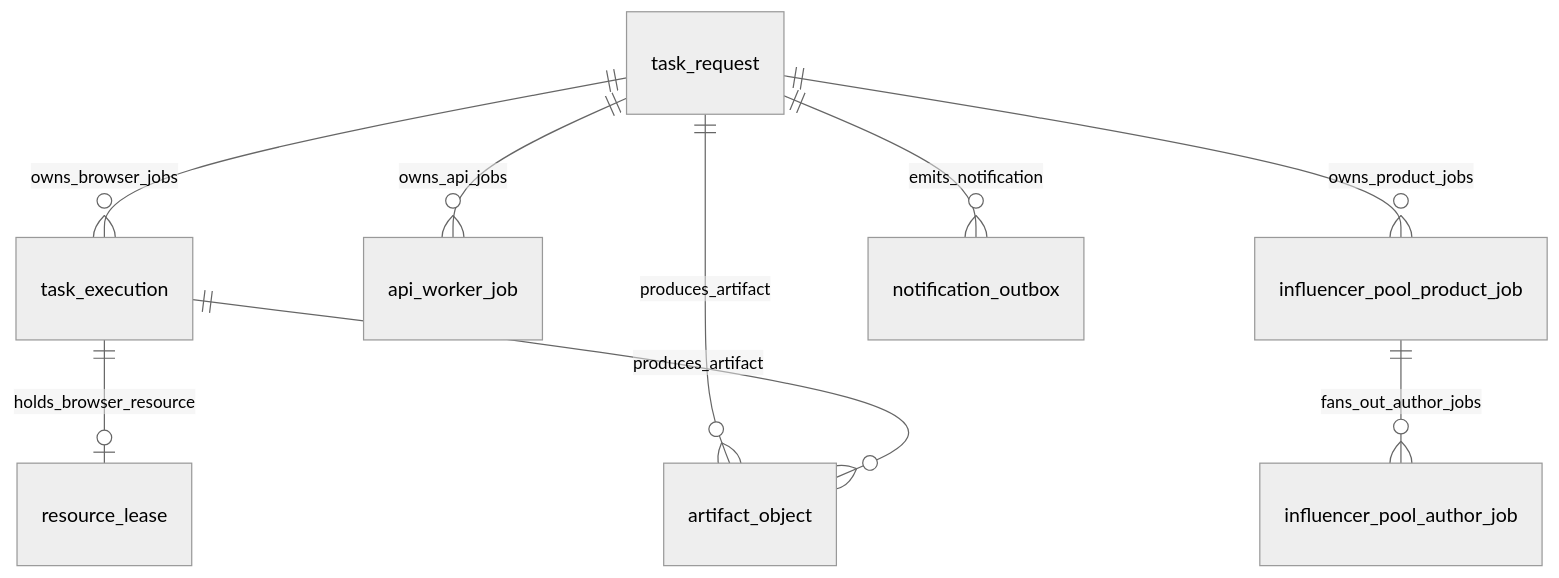
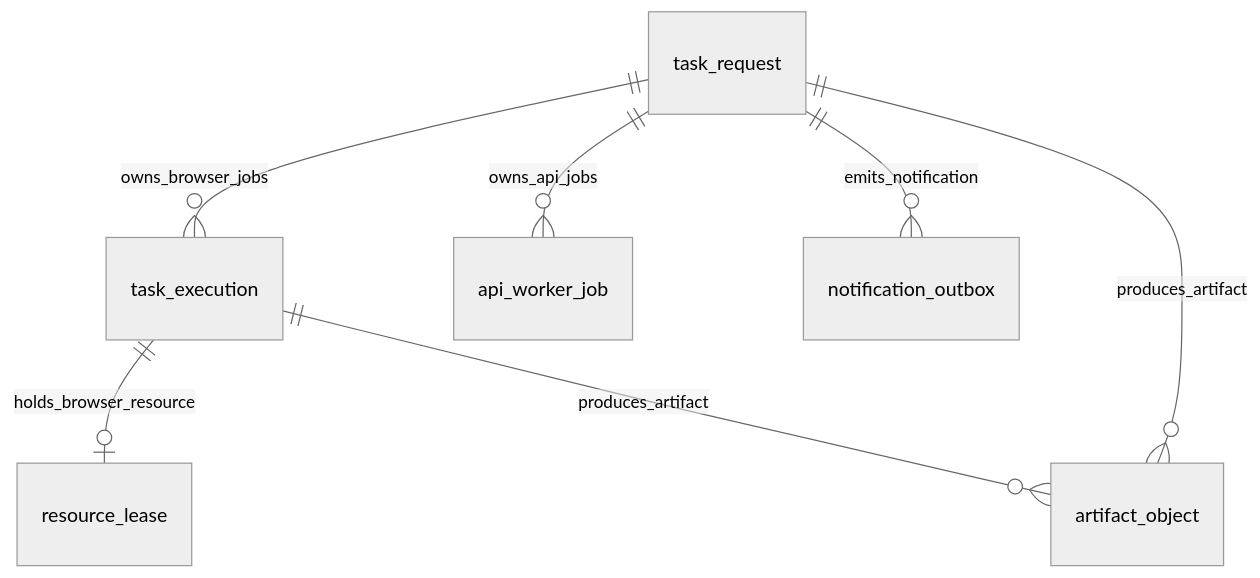
The first of 5 diagrams in docs/arch/runtime-db-schema-design.md (knighterrantsky/mujitask), drawn with Mermaid (neutral theme) before and after one commit. The commit also changed other lines of this file and 53 other files, not shown here.

````diff
--- a/docs/arch/runtime-db-schema-design.md
+++ b/docs/arch/runtime-db-schema-design.md
@@ -17,11 +48,9 @@
 ```mermaid
 erDiagram
     task_request ||--o{ task_execution : owns_browser_jobs
     task_request ||--o{ api_worker_job : owns_api_jobs
-    task_request ||--o{ influencer_pool_product_job : owns_product_jobs
-    influencer_pool_product_job ||--o{ influencer_pool_author_job : fans_out_author_jobs
     task_execution ||--o| resource_lease : holds_browser_resource
     task_request ||--o{ notification_outbox : emits_notification
     task_request ||--o{ artifact_object : produces_artifact
     task_execution ||--o{ artifact_object : produces_artifact
 ```
````
